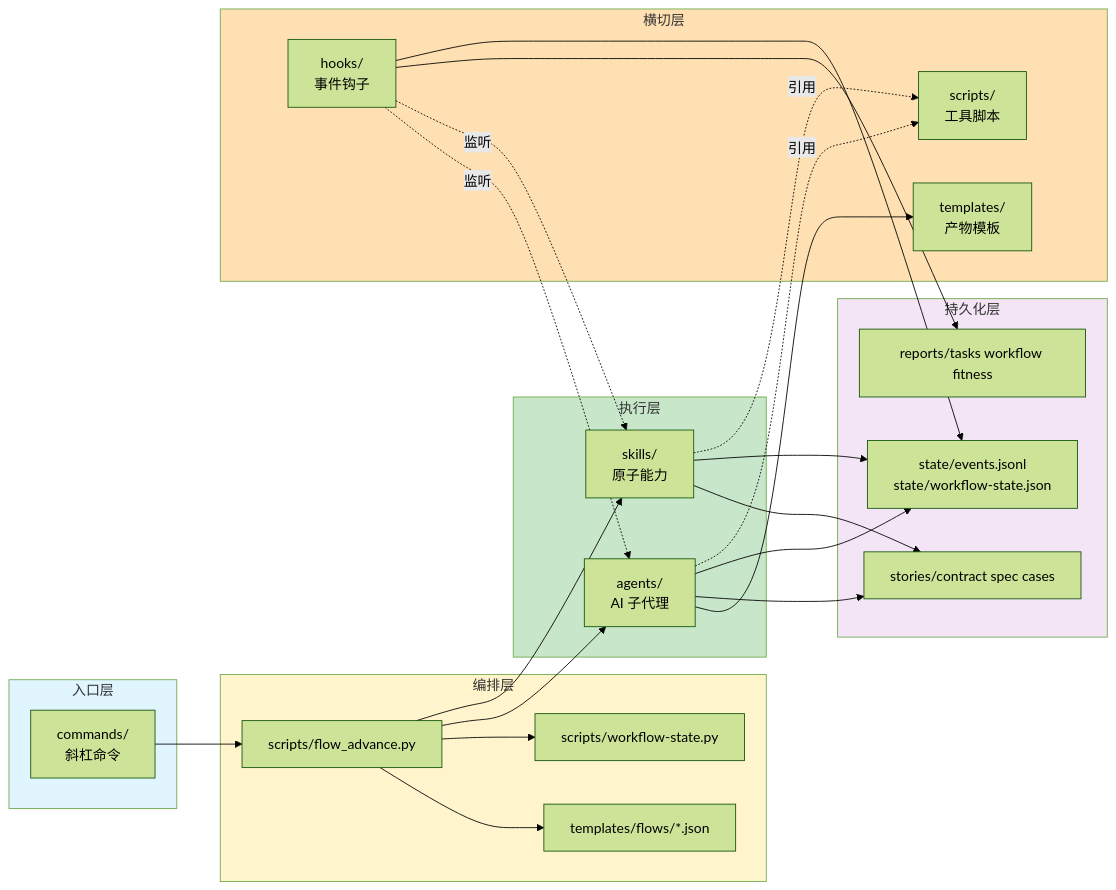
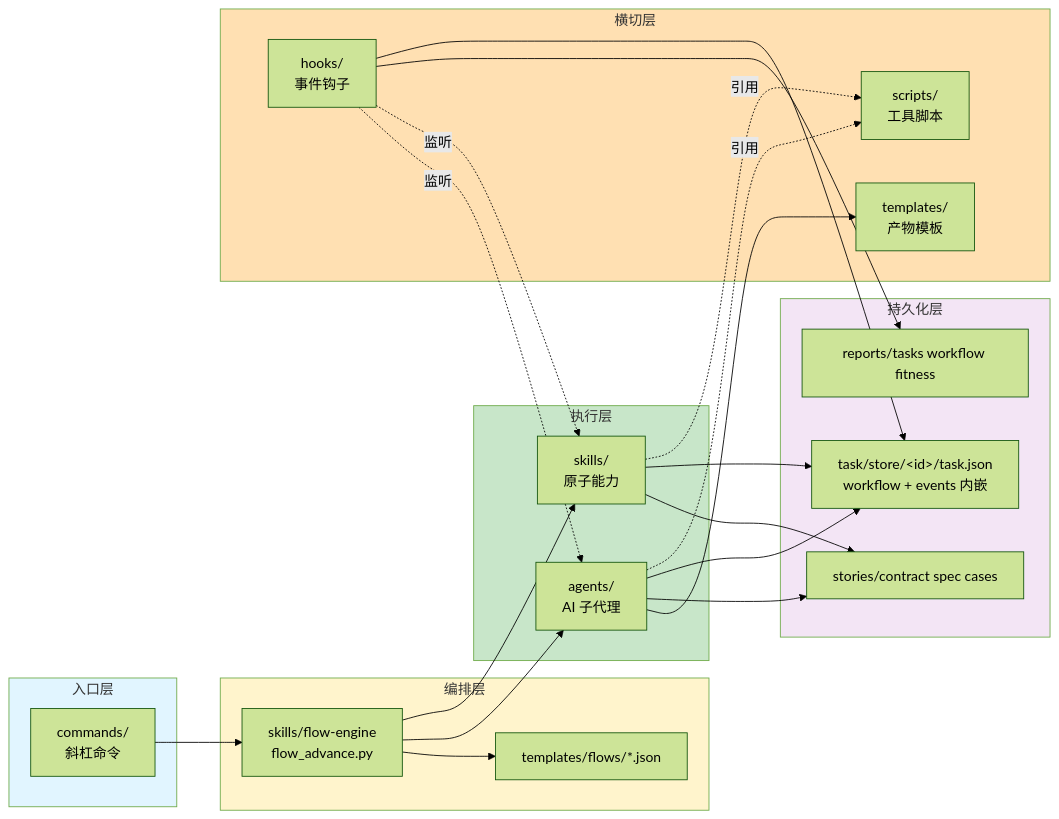
One commit to dd-xiaozhi/dev-agent-flow changed the first of 2 diagrams in .chatlabs/knowledge/project/architecture.md. Above: the diagram before and after it, drawn with Mermaid (forest theme). The commit also changed other lines of this file and 34 other files, not shown here.

First line of the commit message:
refactor(skill): 合并 git skills + 下线 workflow-state.json + flow 仅保留当前步骤

````diff
--- a/.chatlabs/knowledge/project/architecture.md
+++ b/.chatlabs/knowledge/project/architecture.md
@@ -20,52 +20,50 @@
 ```mermaid
 flowchart LR
     subgraph entry[入口层]
         CMD[commands/<br/>斜杠命令]
     end
 
     subgraph control[编排层]
-        FA[scripts/flow_advance.py]
-        WS[scripts/workflow-state.py]
+        FA[skills/flow-engine<br/>flow_advance.py]
         FT[templates/flows/*.json]
     end
 
     subgraph workers[执行层]
         AGT[agents/<br/>AI 子代理]
         SK[skills/<br/>原子能力]
     end
 
     subgraph cross[横切层]
         HK[hooks/<br/>事件钩子]
         SC[scripts/<br/>工具脚本]
         TPL[templates/<br/>产物模板]
     end
 
     subgraph store[持久化层]
-        STA[state/events.jsonl<br/>state/workflow-state.json]
+        STA[task/store/&lt;id&gt;/task.json<br/>workflow + events 内嵌]
         STO[stories/contract spec cases]
         REP[reports/tasks workflow fitness]
     end
 
     CMD --> FA
     FA --> FT
-    FA --> WS
     FA --> AGT
     FA --> SK
     AGT --> TPL
     AGT --> STO
     SK --> STO
     HK -. 监听 .-> AGT
     HK -. 监听 .-> SK
     HK --> REP
     AGT --> STA
     SK --> STA
     HK --> STA
     AGT -. 引用 .-> SC
     SK -. 引用 .-> SC
 
     style entry fill:#e1f5ff
     style control fill:#fff4cc
     style workers fill:#c8e6c9
     style cross fill:#ffe0b2
     style store fill:#f3e5f5
 ```
````
